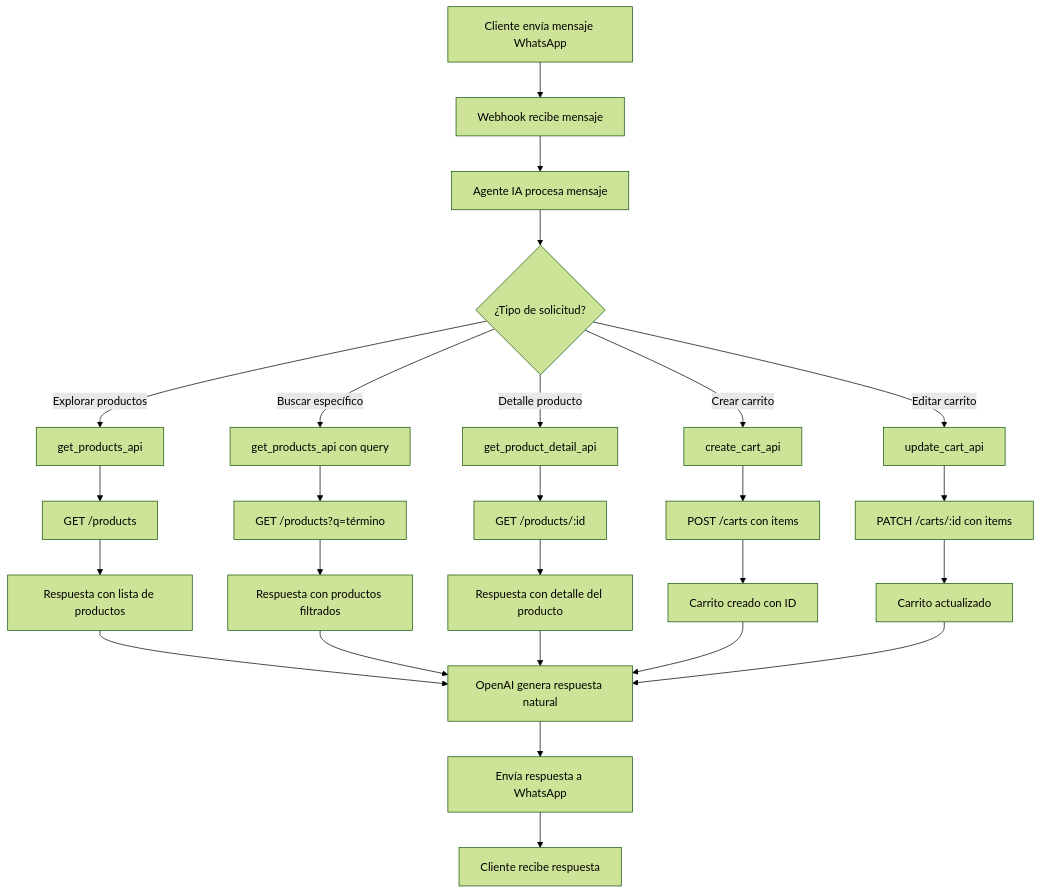
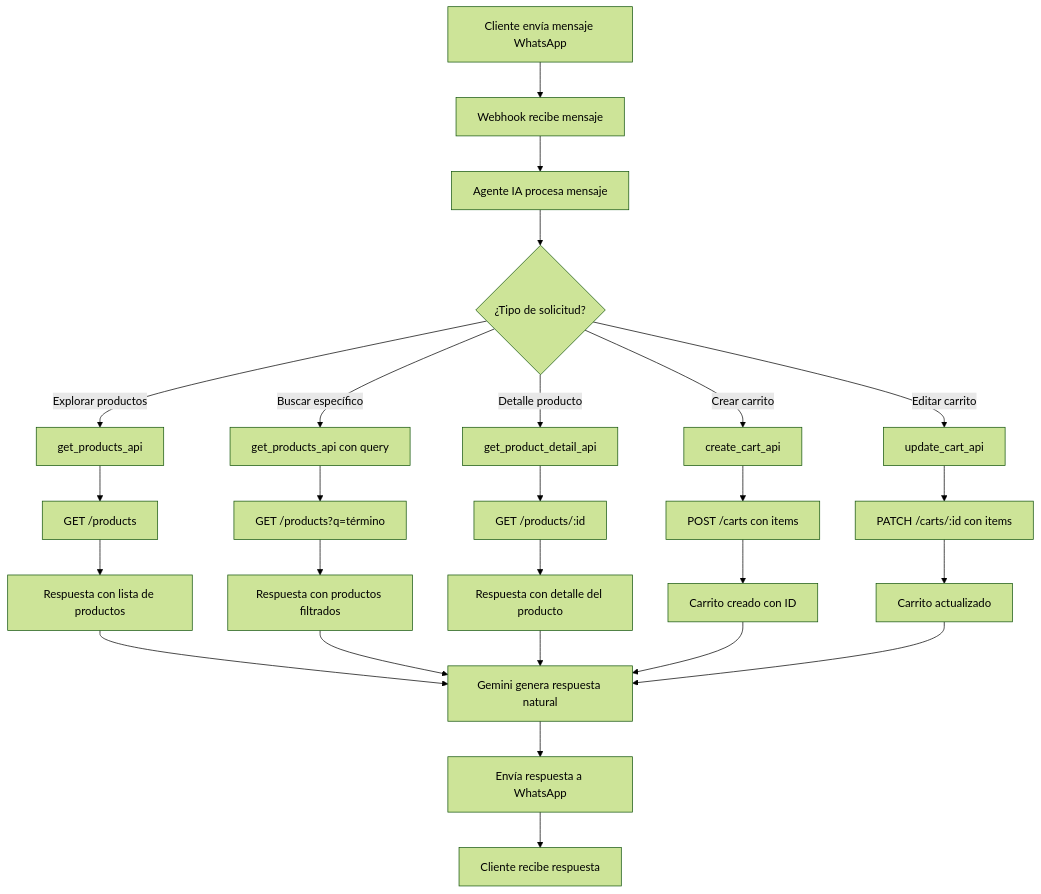
One commit to JimeFioni/laburen-ai-agent changed the diagram in docs/README.md. Above: the diagram before and after it, drawn with Mermaid (forest theme). The commit also changed other lines of this file and 7 other files, not shown here.

First line of the commit message:
📝 Update documentation: OpenAI→Gemini, cleanup test files, add LinkedIn

````diff
--- a/docs/README.md
+++ b/docs/README.md
@@ -40,34 +40,34 @@
 ```mermaid
 graph TD
     A[Cliente envía mensaje WhatsApp] --> B[Webhook recibe mensaje]
     B --> C[Agente IA procesa mensaje]
     C --> D{¿Tipo de solicitud?}
     
     D -->|Explorar productos| E[get_products_api]
     E --> F[GET /products]
     F --> G[Respuesta con lista de productos]
     
     D -->|Buscar específico| H[get_products_api con query]
     H --> I[GET /products?q=término]
     I --> J[Respuesta con productos filtrados]
     
     D -->|Detalle producto| K[get_product_detail_api]
     K --> L[GET /products/:id]
     L --> M[Respuesta con detalle del producto]
     
     D -->|Crear carrito| N[create_cart_api]
     N --> O[POST /carts con items]
     O --> P[Carrito creado con ID]
     
     D -->|Editar carrito| Q[update_cart_api]
     Q --> R[PATCH /carts/:id con items]
     R --> S[Carrito actualizado]
     
-    G --> T[OpenAI genera respuesta natural]
+    G --> T[Gemini genera respuesta natural]
     J --> T
     M --> T
     P --> T
     S --> T
     T --> U[Envía respuesta a WhatsApp]
     U --> V[Cliente recibe respuesta]
 ```
````
